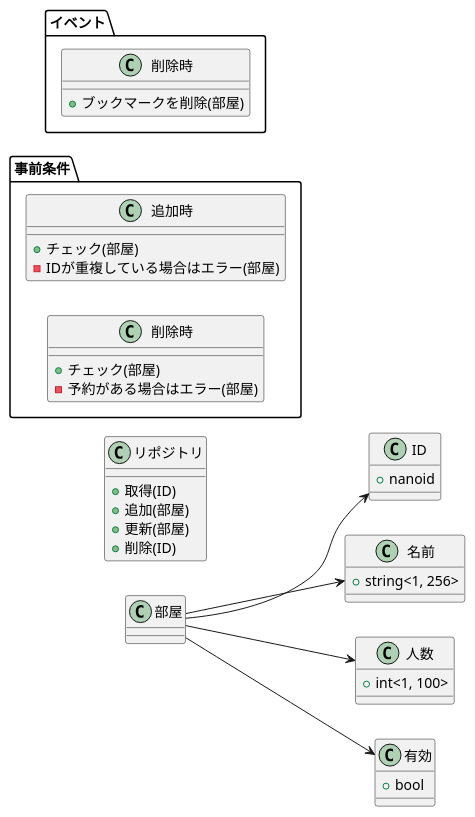
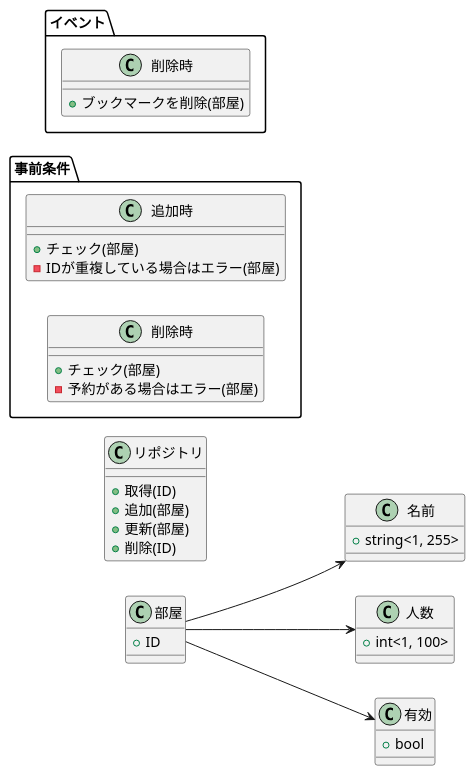
One commit to paterapatera/ryokan-reservation changed the fifth of 7 diagrams in doc/domain_model.md. Above: the diagram before and after it, drawn with PlantUML. The commit also changed other lines of this file and 38 other files, not shown here.

````diff
--- a/doc/domain_model.md
+++ b/doc/domain_model.md
@@ -86,44 +118,42 @@
 ```plantuml
 left to right direction
-class "部屋" as Room
-class "ID" as Id {
-  + nanoid
+class "部屋" as Room {
+  + ID
 }
 class "名前" as Name {
-  + string<1, 256>
+  + string<1, 255>
 }
 class "人数" as NumOfPeople {
   + int<1, 100>
 }
 class "有効" as Available {
   + bool
 }
 class "リポジトリ" {
   + 取得(ID)
   + 追加(部屋)
   + 更新(部屋)
   + 削除(ID)
 }
 
-Room --> Id
 Room --> Name
 Room --> NumOfPeople
 Room --> Available
 
 namespace 事前条件 {
   class 追加時 {
     + チェック(部屋)
     - IDが重複している場合はエラー(部屋)
   }
   class 削除時 {
     + チェック(部屋)
     - 予約がある場合はエラー(部屋)
   }
 }
 
 namespace イベント {
   class 削除時 {
     + ブックマークを削除(部屋)
   }
 }
 ```
````
